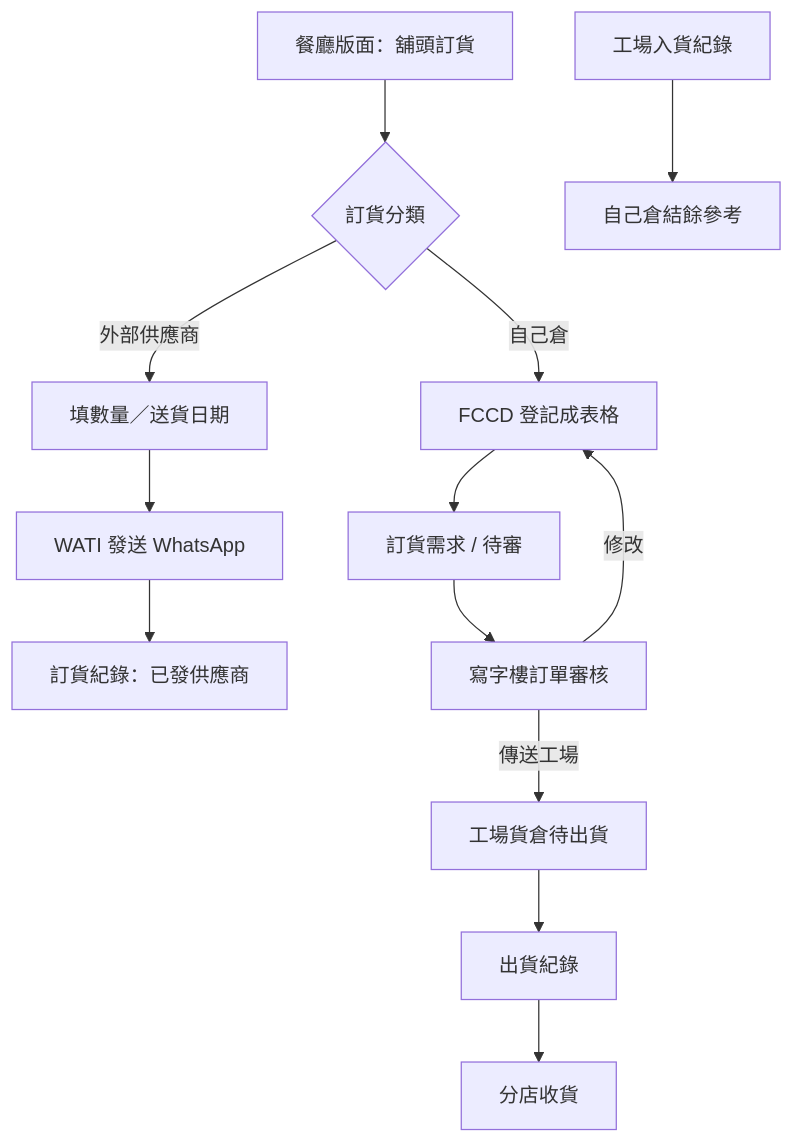
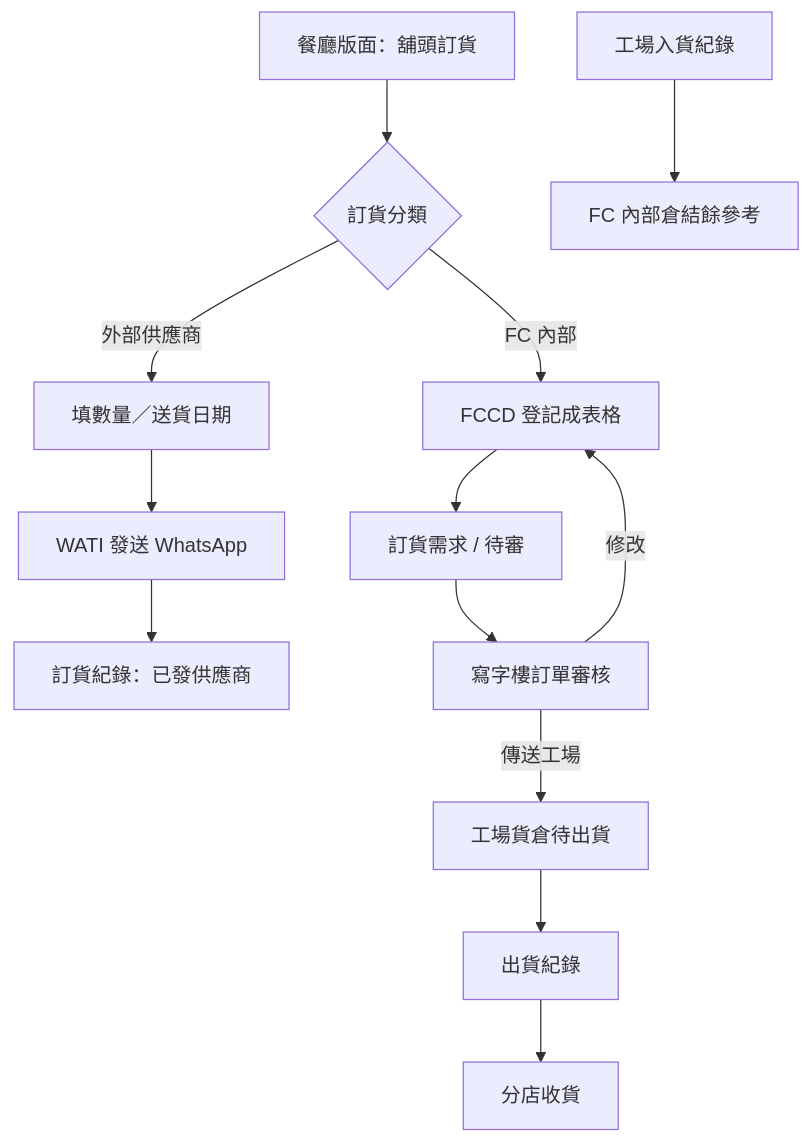
The diagram in docs/SHOP_REPLENISHMENT_AND_HR_PRD.md (benjaken/fccd), drawn with Mermaid before and after one commit. The commit also changed other lines of this file and 1 other file, not shown here.

````diff
--- a/docs/SHOP_REPLENISHMENT_AND_HR_PRD.md
+++ b/docs/SHOP_REPLENISHMENT_AND_HR_PRD.md
@@ -170,15 +174,15 @@
 ```mermaid
 flowchart TD
   A["餐廳版面：舖頭訂貨"] --> B{"訂貨分類"}
   B -->|外部供應商| C["填數量／送貨日期"]
   C --> D["WATI 發送 WhatsApp"]
   D --> E["訂貨紀錄：已發供應商"]
-  B -->|自己倉| F["FCCD 登記成表格"]
+  B -->|FC 內部| F["FCCD 登記成表格"]
   F --> G["訂貨需求 / 待審"]
   G --> H["寫字樓訂單審核"]
   H -->|修改| F
   H -->|傳送工場| I["工場貨倉待出貨"]
   I --> J["出貨紀錄"]
   J --> K["分店收貨"]
-  L["工場入貨紀錄"] --> M["自己倉結餘參考"]
+  L["工場入貨紀錄"] --> M["FC 內部倉結餘參考"]
 ```
````
